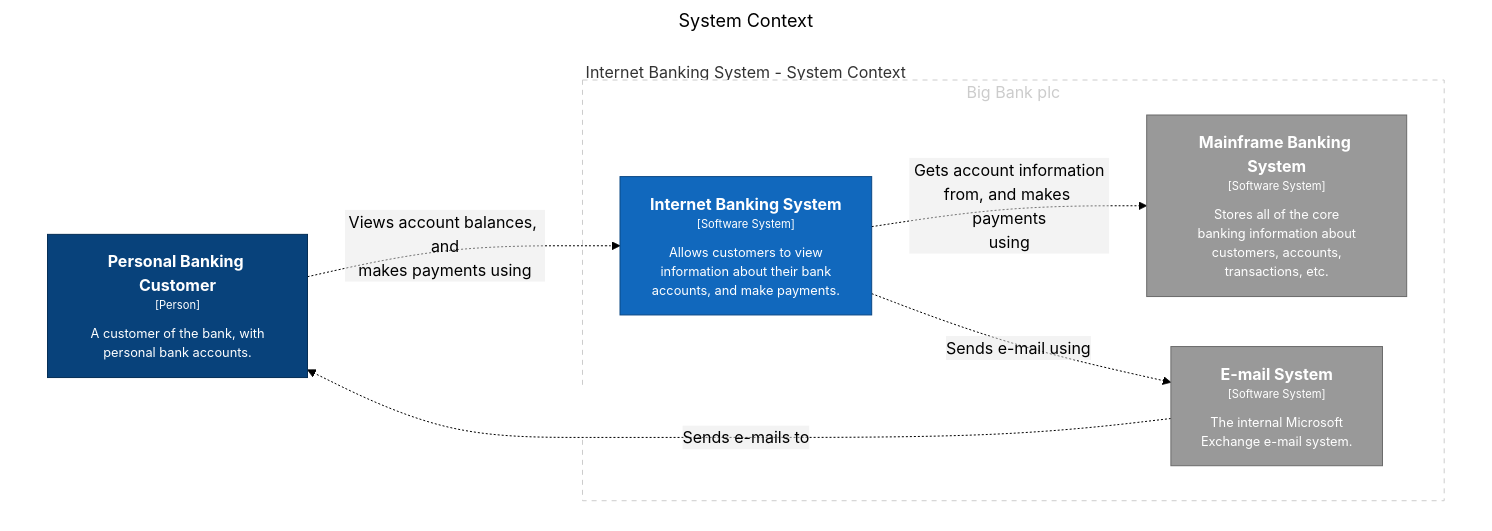
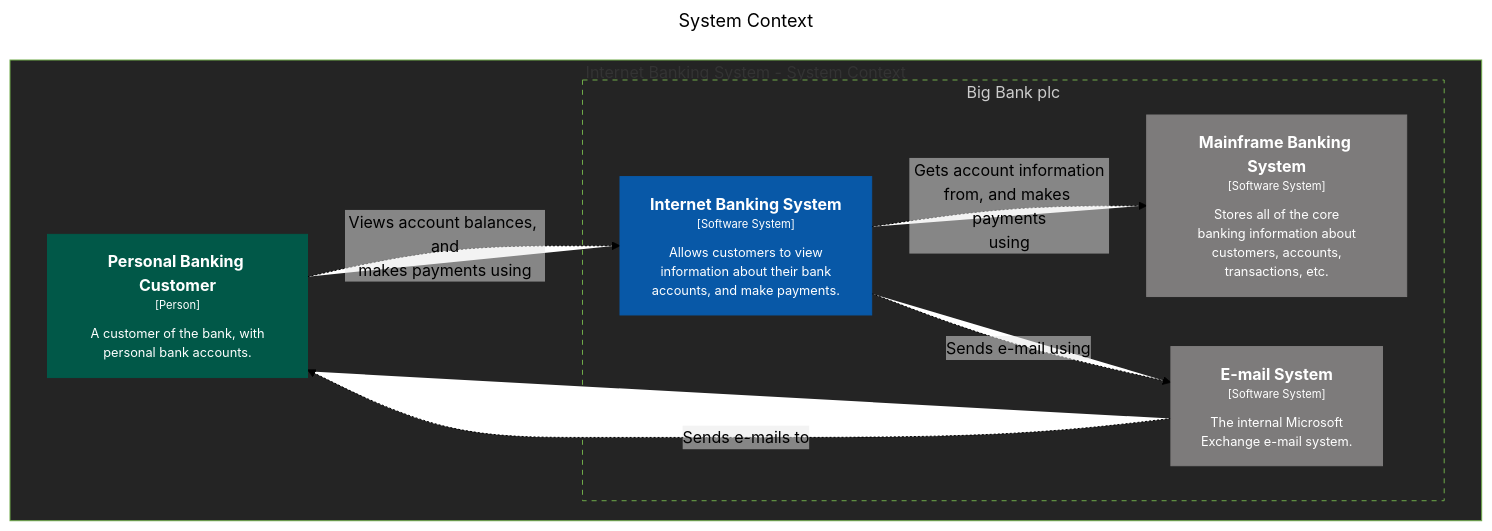
One commit to tramaine-codes/visualization-playground changed the seventh of 12 diagrams in mermaid/markdown/diagrams.template.md. Above: the diagram before and after it, drawn with Mermaid (forest theme). The commit also changed other lines of this file and 5 other files, not shown here.

Commit message:
feat: update theme on system landscape and context c4 diagrams

````diff
--- a/mermaid/markdown/diagrams.template.md
+++ b/mermaid/markdown/diagrams.template.md
@@ -186,30 +186,30 @@
 ```mermaid
 ---
 title: System Context
 ---
 graph TB
   linkStyle default fill:#ffffff
 
   subgraph diagram ["Internet Banking System - System Context"]
-    style diagram fill:#ffffff,stroke:#ffffff
+    style diagram fill:#242424
 
     subgraph group1 [Big Bank plc]
-      style group1 fill:#ffffff,stroke:#cccccc,color:#cccccc,stroke-dasharray:5
+      style group1 fill:#242424,color:#cccccc,stroke-dasharray:5
 
       4["<div style='font-weight: bold'>Mainframe Banking System</div><div style='font-size: 70%; margin-top: 0px'>[Software System]</div><div style='font-size: 80%; margin-top:10px'>Stores all of the core<br />banking information about<br />customers, accounts,<br />transactions, etc.</div>"]
-      style 4 fill:#999999,stroke:#6b6b6b,color:#ffffff
+      style 4 fill:#7D7B7B,stroke:#7D7B7B,color:#ffffff
       5["<div style='font-weight: bold'>E-mail System</div><div style='font-size: 70%; margin-top: 0px'>[Software System]</div><div style='font-size: 80%; margin-top:10px'>The internal Microsoft<br />Exchange e-mail system.</div>"]
-      style 5 fill:#999999,stroke:#6b6b6b,color:#ffffff
+      style 5 fill:#7D7B7B,stroke:#7D7B7B,color:#ffffff
       7["<div style='font-weight: bold'>Internet Banking System</div><div style='font-size: 70%; margin-top: 0px'>[Software System]</div><div style='font-size: 80%; margin-top:10px'>Allows customers to view<br />information about their bank<br />accounts, and make payments.</div>"]
-      style 7 fill:#1168bd,stroke:#0b4884,color:#ffffff
+      style 7 fill:#0858A7,stroke:#0858A7,color:#ffffff
     end
 
     1["<div style='font-weight: bold'>Personal Banking Customer</div><div style='font-size: 70%; margin-top: 0px'>[Person]</div><div style='font-size: 80%; margin-top:10px'>A customer of the bank, with<br />personal bank accounts.</div>"]
-    style 1 fill:#08427b,stroke:#052e56,color:#ffffff
+    style 1 fill:#015848,stroke:#015848,color:#ffffff
 
     1-. "<div>Views account balances, and<br />makes payments using</div><div style='font-size: 70%'></div>" .->7
     7-. "<div>Gets account information<br />from, and makes payments<br />using</div><div style='font-size: 70%'></div>" .->4
     7-. "<div>Sends e-mail using</div><div style='font-size: 70%'></div>" .->5
     5-. "<div>Sends e-mails to</div><div style='font-size: 70%'></div>" .->1
   end
 ```
````
